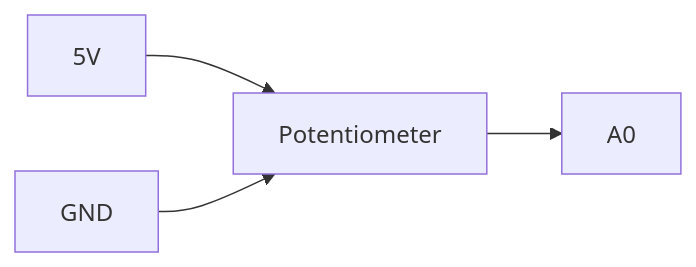
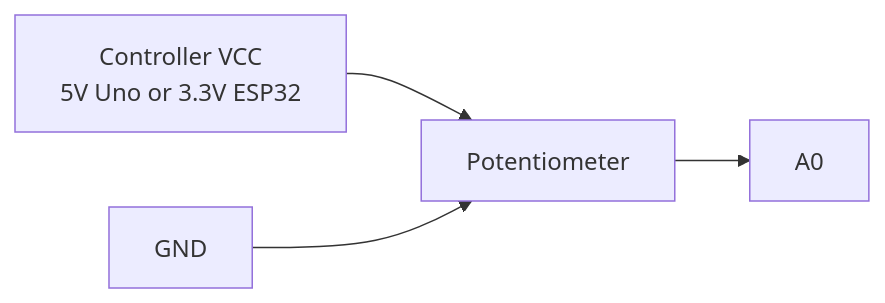
One commit to jaimetriv/power-electronics-and-control-training changed the third of 4 diagrams in docs/06_P_Controller.md. Above: the diagram before and after it, drawn with Mermaid. The commit also changed other lines of this file, not shown here.

Commit message:
docs(06_p_controller): align with esp32/owon baseline and add dual-platform guidance

````diff
--- a/docs/06_P_Controller.md
+++ b/docs/06_P_Controller.md
@@ -510,11 +511,11 @@
 ```mermaid
 graph LR
 
-A[5V]
+A[Controller VCC\n5V Uno or 3.3V ESP32]
 --> B[Potentiometer]
 
 B --> C[A0]
 
 D[GND]
 --> B
 ```
````
